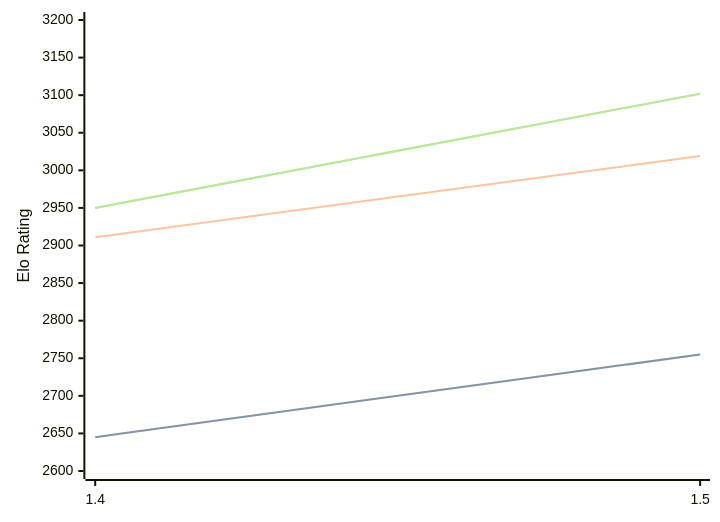
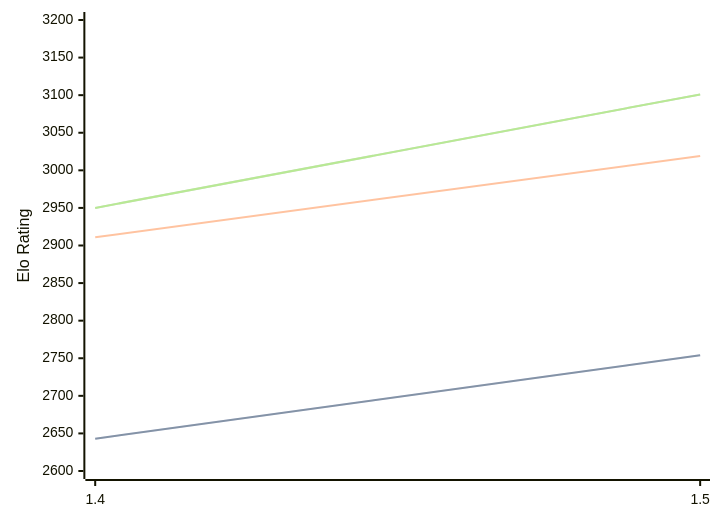
The first of 3 diagrams in engines/Yakka.md (computer-chess-index/cci), drawn with Mermaid before and after one commit. The commit also changed other lines of this file, not shown here.

Commit message:
Update CCI Ratings (ELO VLTC) - 2026-07-15

````diff
--- a/engines/Yakka.md
+++ b/engines/Yakka.md
@@ -36,11 +36,11 @@
 ```mermaid
 %%{init: {"theme":"base","themeVariables":{"seriesColors:['#a3a3a3','#222221','#faa371']}}}%%
 xychart-beta
   x-axis ["1.4", "1.5"]
   y-axis "Elo Rating" 2600 --> 3200
-  line "STC (8.0+0.08s)" [2645, 2755]
-  line "STC (8.0+0.08s)" [2645, 2755]
+  line "STC (8.0+0.08s)" [2643, 2754]
+  line "STC (8.0+0.08s)" [2643, 2754]
   line "LTC (60.0+0.60s)" [2911, 3019]
-  line "VLTC (2m24s+1.12s)" [2950, 3102]
-  line "VLTC (2m24s+1.12s)" [2950, 3102]
+  line "VLTC (2m24s+1.12s)" [2950, 3101]
+  line "VLTC (2m24s+1.12s)" [2950, 3101]
 ```
````
